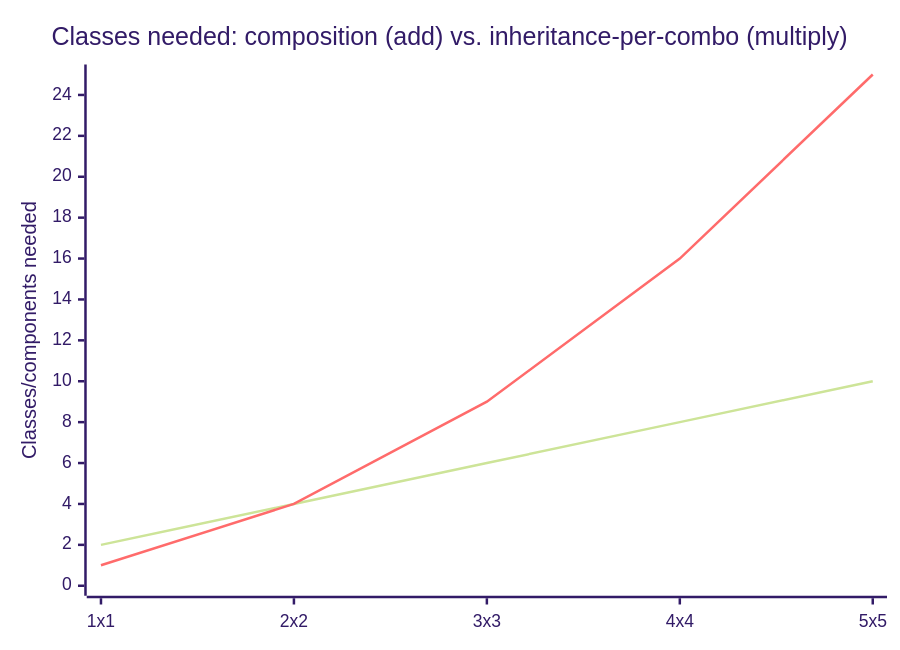
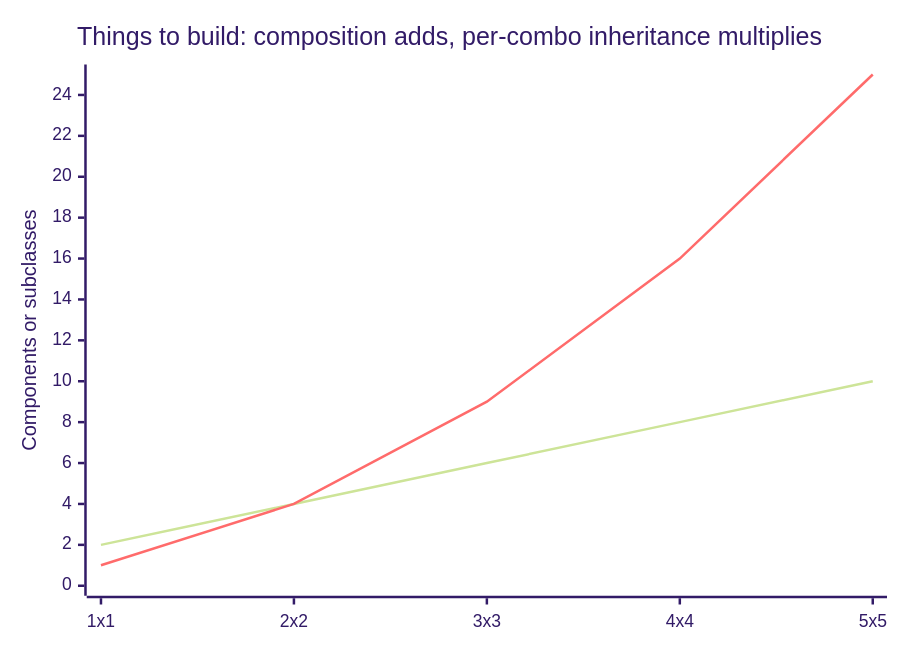
The third of 3 diagrams in src/content/software-design/oop-design-trade-offs/L2-concept.mdx (francoandreDev/knowledge), drawn with Mermaid (forest theme) before and after one commit. The commit also changed other lines of this file and 16 other files, not shown here.

````diff
--- a/src/content/software-design/oop-design-trade-offs/L2-concept.mdx
+++ b/src/content/software-design/oop-design-trade-offs/L2-concept.mdx
@@ -97,8 +103,8 @@
 ```mermaid
 xychart-beta
-    title "Classes needed: composition (add) vs. inheritance-per-combo (multiply)"
+    title "Things to build: composition adds, per-combo inheritance multiplies"
     x-axis ["1x1", "2x2", "3x3", "4x4", "5x5"]
-    y-axis "Classes/components needed" 0 --> 25
+    y-axis "Components or subclasses" 0 --> 25
     line [2, 4, 6, 8, 10]
     line [1, 4, 9, 16, 25]
 ```
````
